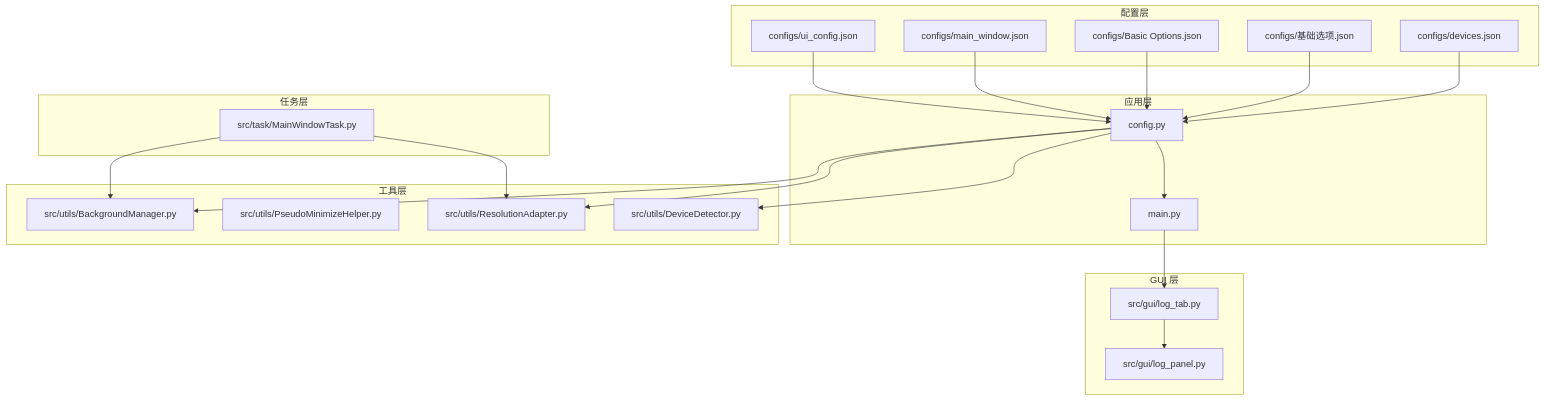
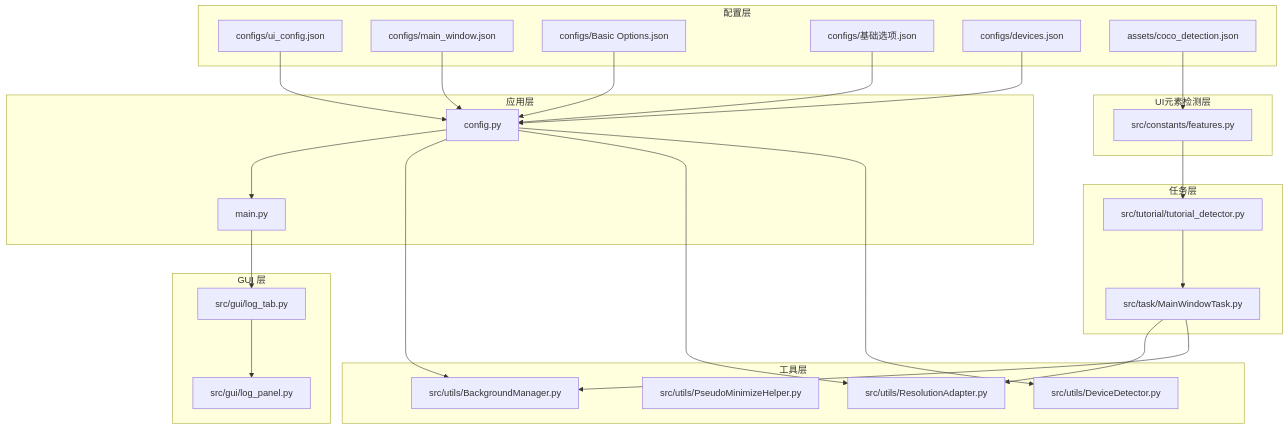
One commit to xsy098-max/ok-jump changed the first of 12 diagrams in .qoder/repowiki/zh/content/配置系统/界面配置.md. Above: the diagram before and after it, drawn with Mermaid. The commit also changed other lines of this file and 13 other files, not shown here.

````diff
--- a/.qoder/repowiki/zh/content/配置系统/界面配置.md
+++ b/.qoder/repowiki/zh/content/配置系统/界面配置.md
@@ -44,40 +55,48 @@
 ```mermaid
 graph TB
 subgraph "配置层"
 CFG_UI["configs/ui_config.json"]
 CFG_MAIN["configs/main_window.json"]
 CFG_BASIC["configs/Basic Options.json"]
 CFG_BASIC_ZH["configs/基础选项.json"]
 CFG_DEVICES["configs/devices.json"]
+CFG_COCO["assets/coco_detection.json"]
 end
 subgraph "应用层"
 APP_CFG["config.py"]
 MAIN["main.py"]
 end
 subgraph "GUI 层"
 GUI_LOG_PANEL["src/gui/log_panel.py"]
 GUI_LOG_TAB["src/gui/log_tab.py"]
 end
 subgraph "工具层"
 UTIL_BG["src/utils/BackgroundManager.py"]
 UTIL_PSEUDO["src/utils/PseudoMinimizeHelper.py"]
 UTIL_RES["src/utils/ResolutionAdapter.py"]
 UTIL_DEV["src/utils/DeviceDetector.py"]
 end
 subgraph "任务层"
 TASK_MAIN["src/task/MainWindowTask.py"]
+TASK_TUTORIAL["src/tutorial/tutorial_detector.py"]
+end
+subgraph "UI元素检测层"
+CONST_FEATURES["src/constants/features.py"]
 end
 CFG_UI --> APP_CFG
 CFG_MAIN --> APP_CFG
 CFG_BASIC --> APP_CFG
 CFG_BASIC_ZH --> APP_CFG
 CFG_DEVICES --> APP_CFG
+CFG_COCO --> CONST_FEATURES
+CONST_FEATURES --> TASK_TUTORIAL
 APP_CFG --> MAIN
 MAIN --> GUI_LOG_TAB
 GUI_LOG_TAB --> GUI_LOG_PANEL
 APP_CFG --> UTIL_BG
 APP_CFG --> UTIL_RES
 APP_CFG --> UTIL_DEV
 TASK_MAIN --> UTIL_RES
 TASK_MAIN --> UTIL_BG
+TASK_TUTORIAL --> TASK_MAIN
 ```
````
